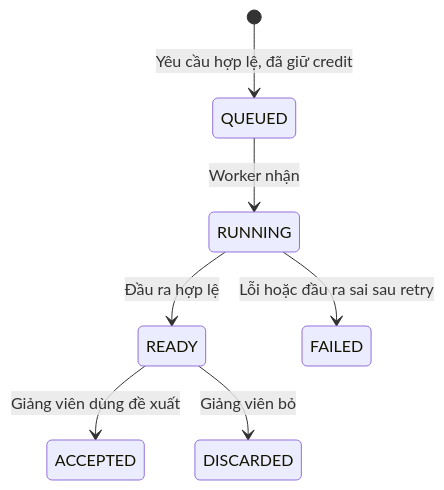
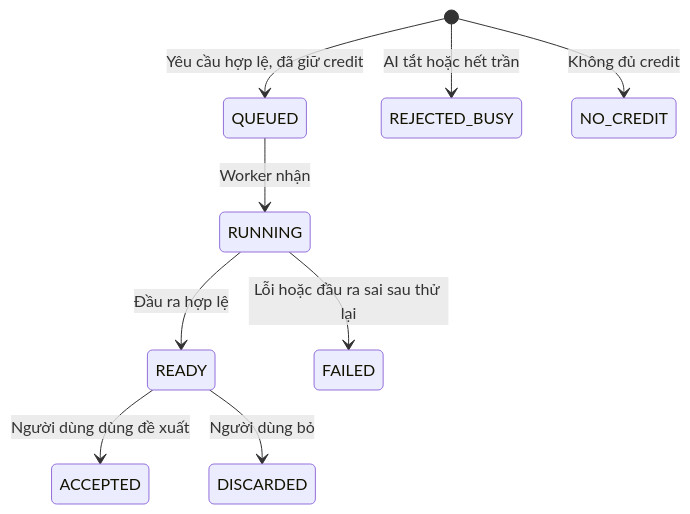
The first of 2 diagrams in aidlc-docs/construction/u13-ai-code-execution/functional-design/domain-entities.md (hygef-v4/AI-Powered-Learning-Platform), drawn with Mermaid before and after one commit. The commit also changed other lines of this file and 199 other files, not shown here.

````diff
--- a/aidlc-docs/construction/u13-ai-code-execution/functional-design/domain-entities.md
+++ b/aidlc-docs/construction/u13-ai-code-execution/functional-design/domain-entities.md
@@ -70,9 +52,11 @@
 ```mermaid
 stateDiagram-v2
     [*] --> QUEUED: Yêu cầu hợp lệ, đã giữ credit
+    [*] --> REJECTED_BUSY: AI tắt hoặc hết trần
+    [*] --> NO_CREDIT: Không đủ credit
     QUEUED --> RUNNING: Worker nhận
     RUNNING --> READY: Đầu ra hợp lệ
-    RUNNING --> FAILED: Lỗi hoặc đầu ra sai sau retry
-    READY --> ACCEPTED: Giảng viên dùng đề xuất
-    READY --> DISCARDED: Giảng viên bỏ
+    RUNNING --> FAILED: Lỗi hoặc đầu ra sai sau thử lại
+    READY --> ACCEPTED: Người dùng dùng đề xuất
+    READY --> DISCARDED: Người dùng bỏ
 ```
````
